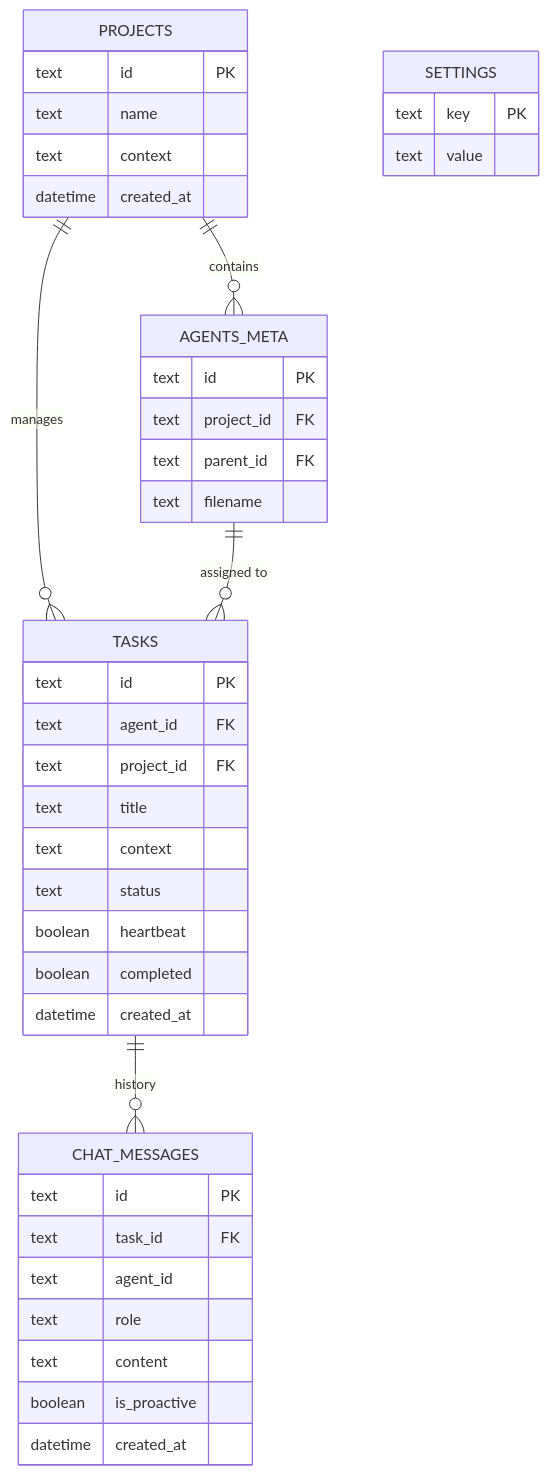
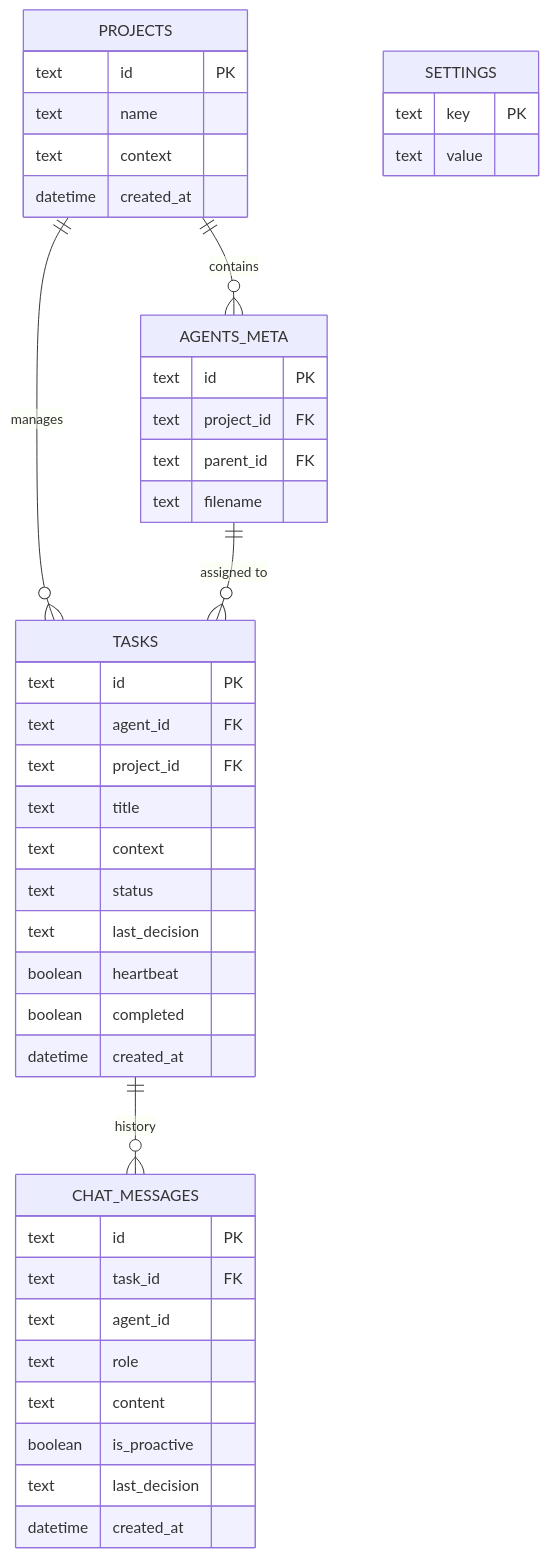
Before and after one commit to CBS9564/OllamaClip: the second of 2 diagrams in ARCHITECTURE.md, drawn with Mermaid. The commit also changed 18 other files, not shown here.

````diff
--- a/ARCHITECTURE.md
+++ b/ARCHITECTURE.md
@@ -38,48 +38,50 @@
 ```mermaid
 erDiagram
     PROJECTS ||--o{ AGENTS_META : "contains"
     PROJECTS ||--o{ TASKS : "manages"
     TASKS ||--o{ CHAT_MESSAGES : "history"
     AGENTS_META ||--o{ TASKS : "assigned to"
 
     PROJECTS {
         text id PK
         text name
         text context
         datetime created_at
     }
 
     AGENTS_META {
         text id PK
         text project_id FK
         text parent_id FK
         text filename
     }
 
     TASKS {
         text id PK
         text agent_id FK
         text project_id FK
         text title
         text context
         text status
+        text last_decision
         boolean heartbeat
         boolean completed
         datetime created_at
     }
 
     CHAT_MESSAGES {
         text id PK
         text task_id FK
         text agent_id
         text role
         text content
         boolean is_proactive
+        text last_decision
         datetime created_at
     }
 
     SETTINGS {
         text key PK
         text value
     }
 ```
````
